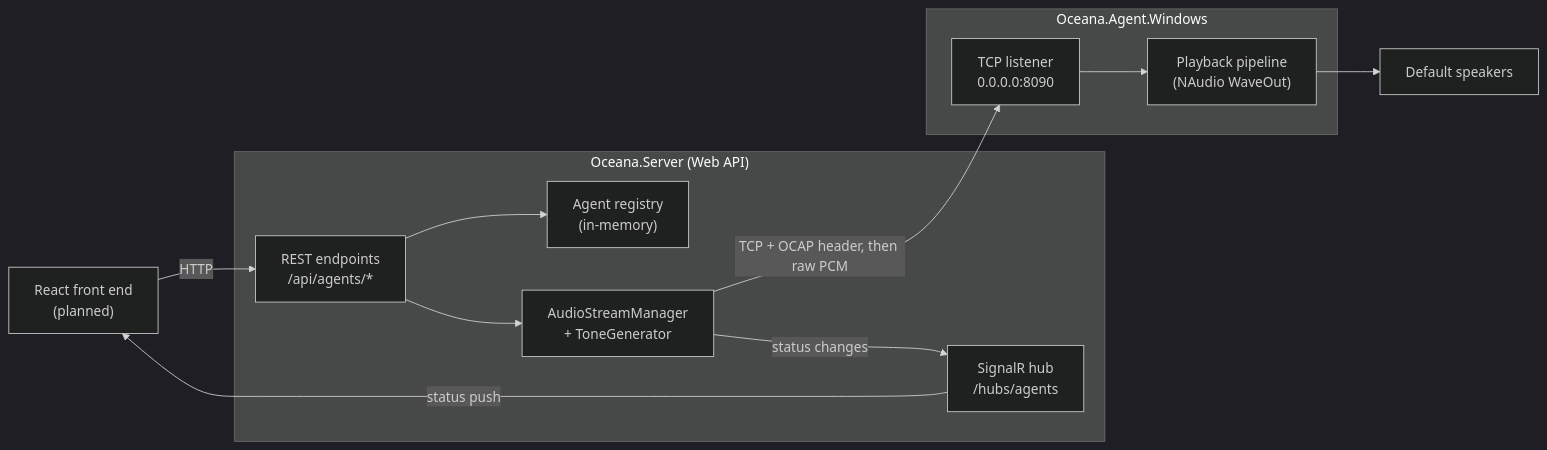
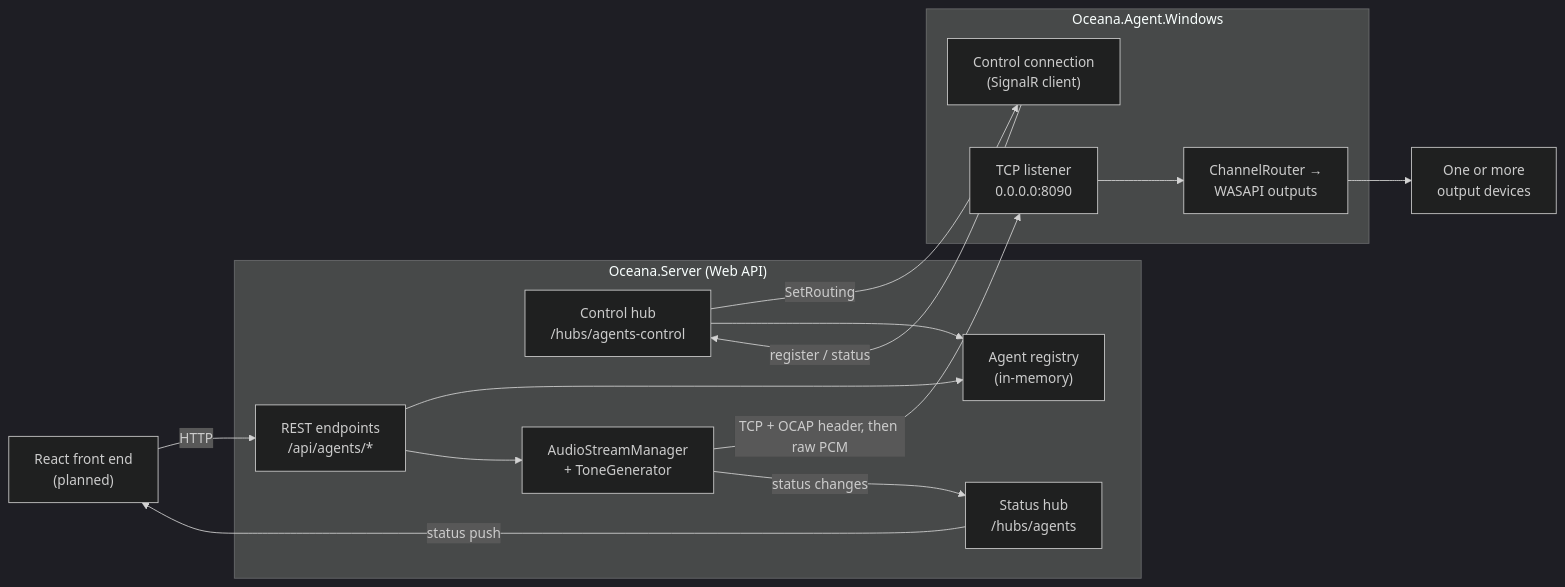
The first of 2 diagrams in docs/architecture.md (WarpSpideR/Oceana), drawn with Mermaid (dark theme) before and after one commit. The commit also changed other lines of this file and 40 other files, not shown here.

````diff
--- a/docs/architecture.md
+++ b/docs/architecture.md
@@ -29,23 +30,28 @@
 ```mermaid
 flowchart LR
     UI["React front end<br/>(planned)"]
     subgraph Server["Oceana.Server (Web API)"]
         REST["REST endpoints<br/>/api/agents/*"]
-        HUB["SignalR hub<br/>/hubs/agents"]
+        HUB["Status hub<br/>/hubs/agents"]
+        CTRL["Control hub<br/>/hubs/agents-control"]
         REG["Agent registry<br/>(in-memory)"]
         MGR["AudioStreamManager<br/>+ ToneGenerator"]
     end
     subgraph Agent["Oceana.Agent.Windows"]
+        CONN["Control connection<br/>(SignalR client)"]
         LIS["TCP listener<br/>0.0.0.0:8090"]
-        PLAY["Playback pipeline<br/>(NAudio WaveOut)"]
+        PLAY["ChannelRouter →<br/>WASAPI outputs"]
     end
-    SPK["Default speakers"]
+    DEV["One or more<br/>output devices"]
 
     UI -->|HTTP| REST
     HUB -->|status push| UI
     REST --> REG
     REST --> MGR
+    CONN -->|register / status| CTRL
+    CTRL -->|SetRouting| CONN
+    CTRL --> REG
     MGR -->|"TCP + OCAP header, then raw PCM"| LIS
     MGR -->|status changes| HUB
-    LIS --> PLAY --> SPK
+    LIS --> PLAY --> DEV
 ```
````
